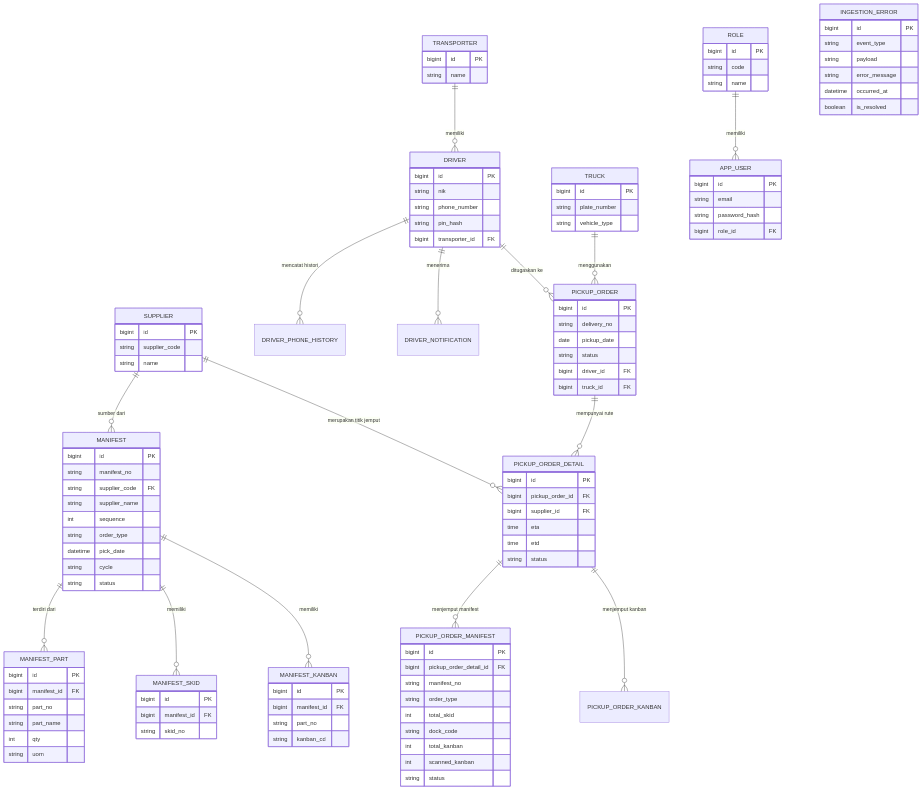
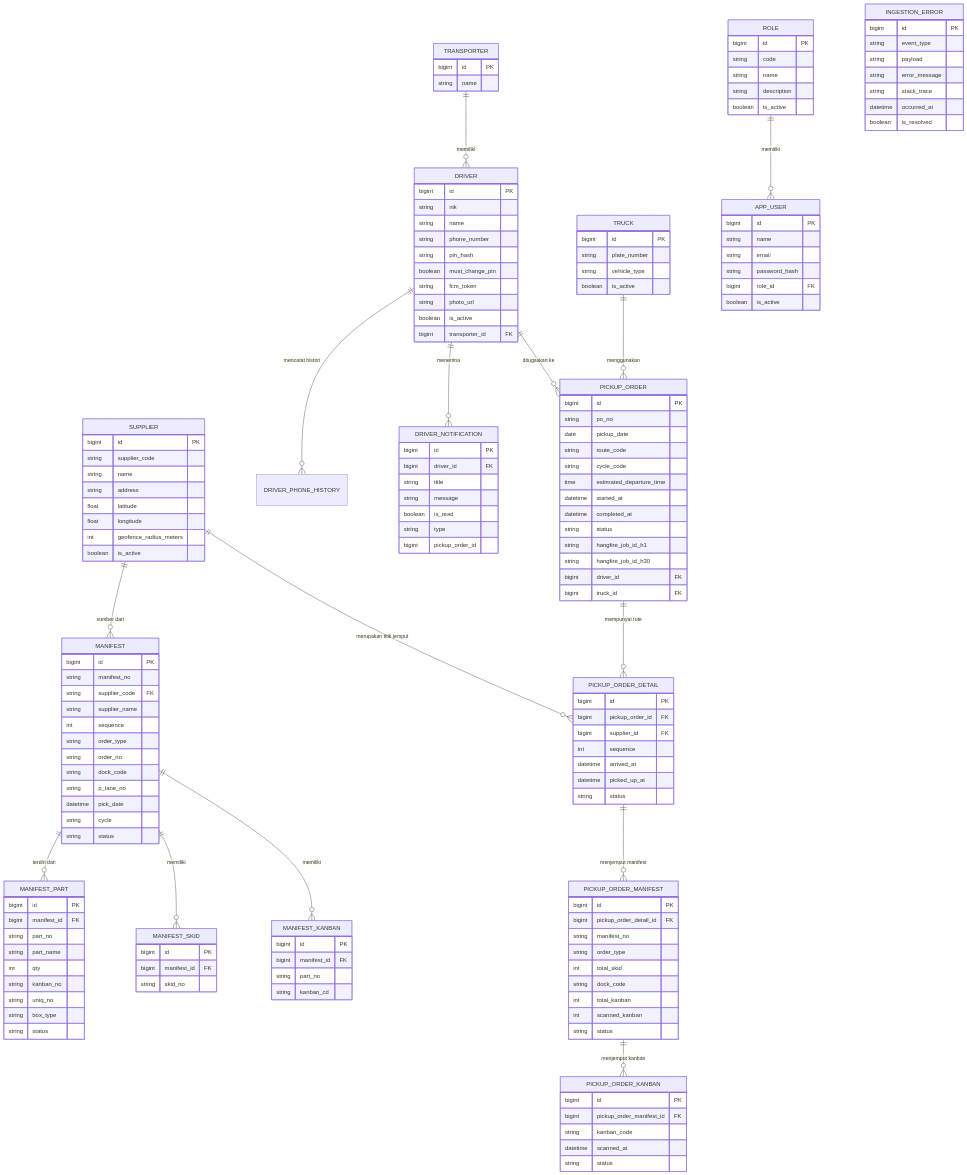
Before and after one commit to odealidj/minione-edcl-net: the diagram in docs/architecture/logical-data-model.md, drawn with Mermaid. The commit also changed other lines of this file, not shown here.

Commit message:
docs: sync logical data model ERD with current EF Core entities

````diff
--- a/docs/architecture/logical-data-model.md
+++ b/docs/architecture/logical-data-model.md
@@ -21,12 +21,18 @@
         bigint id PK
         string plate_number
         string vehicle_type
+        boolean is_active
     }
 
     SUPPLIER {
         bigint id PK
         string supplier_code
         string name
+        string address
+        float latitude
+        float longitude
+        int geofence_radius_meters
+        boolean is_active
     }
 
     %% =======================
@@ -37,13 +43,17 @@
         bigint id PK
         string code
         string name
+        string description
+        boolean is_active
     }
 
     APP_USER {
         bigint id PK
+        string name
         string email
         string password_hash
         bigint role_id FK
+        boolean is_active
     }
 
     DRIVER ||--o{ DRIVER_PHONE_HISTORY : "mencatat histori"
@@ -51,8 +61,13 @@
     DRIVER {
         bigint id PK
         string nik
+        string name
         string phone_number
         string pin_hash
+        boolean must_change_pin
+        string fcm_token
+        string photo_url
+        boolean is_active
         bigint transporter_id FK
     }
 
@@ -71,6 +86,9 @@
         string supplier_name
         int sequence
         string order_type
+        string order_no
+        string dock_code
+        string p_lane_no
         datetime pick_date
         string cycle
         string status
@@ -82,7 +100,10 @@
         string part_no
         string part_name
         int qty
-        string uom
+        string kanban_no
+        string uniq_no
+        string box_type
+        string status
     }
 
     MANIFEST_SKID {
@@ -103,8 +124,22 @@
         string event_type
         string payload
         string error_message
+        string stack_trace
         datetime occurred_at
         boolean is_resolved
+    }
+
+    %% =======================
+    %% NOTIFICATION DOMAIN
+    %% =======================
+    DRIVER_NOTIFICATION {
+        bigint id PK
+        bigint driver_id FK
+        string title
+        string message
+        boolean is_read
+        string type
+        bigint pickup_order_id
     }
 
     %% =======================
@@ -116,23 +151,31 @@
     PICKUP_ORDER ||--o{ PICKUP_ORDER_DETAIL : "mempunyai rute"
     PICKUP_ORDER {
         bigint id PK
-        string delivery_no
+        string po_no
         date pickup_date
+        string route_code
+        string cycle_code
+        time estimated_departure_time
+        datetime started_at
+        datetime completed_at
         string status
+        string hangfire_job_id_h1
+        string hangfire_job_id_h30
         bigint driver_id FK
         bigint truck_id FK
     }
 
     SUPPLIER ||--o{ PICKUP_ORDER_DETAIL : "merupakan titik jemput"
     PICKUP_ORDER_DETAIL ||--o{ PICKUP_ORDER_MANIFEST : "menjemput manifest"
-    PICKUP_ORDER_DETAIL ||--o{ PICKUP_ORDER_KANBAN : "menjemput kanban"
+    PICKUP_ORDER_MANIFEST ||--o{ PICKUP_ORDER_KANBAN : "menjemput kanban"
     
     PICKUP_ORDER_DETAIL {
         bigint id PK
         bigint pickup_order_id FK
         bigint supplier_id FK
-        time eta
-        time etd
+        int sequence
+        datetime arrived_at
+        datetime picked_up_at
         string status
     }
 
@@ -147,4 +190,12 @@
         int scanned_kanban
         string status
     }
+
+    PICKUP_ORDER_KANBAN {
+        bigint id PK
+        bigint pickup_order_manifest_id FK
+        string kanban_code
+        datetime scanned_at
+        string status
+    }
 ```
````
